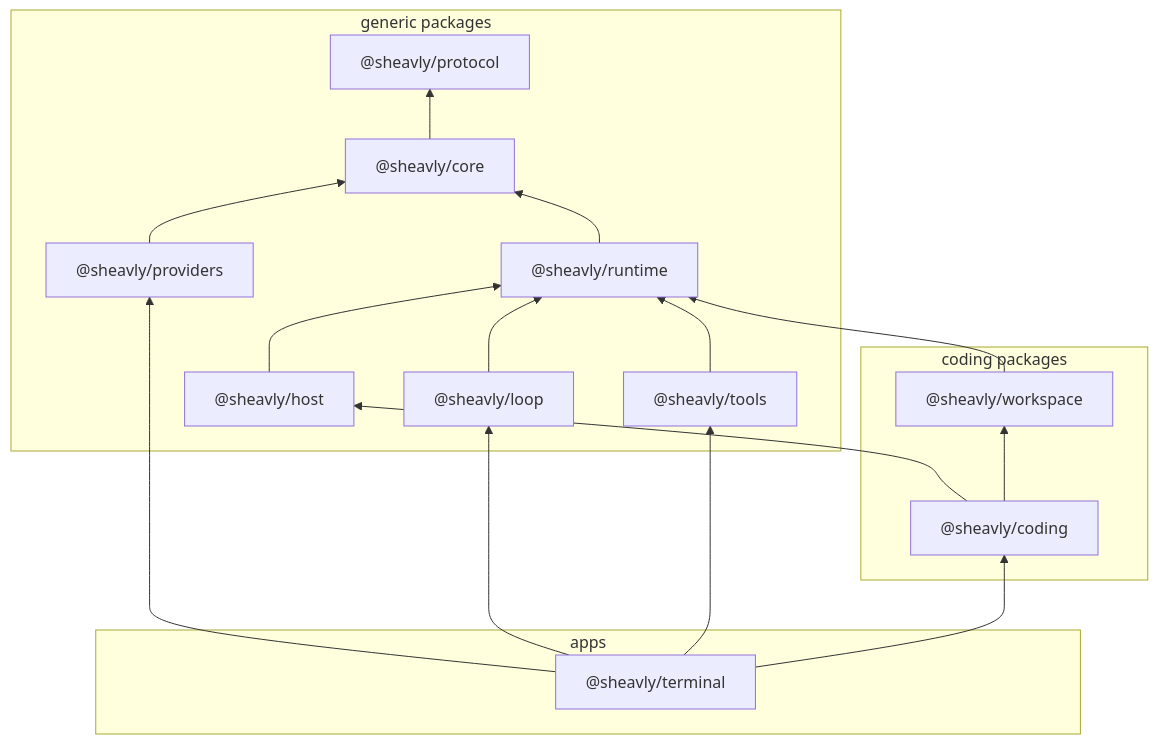
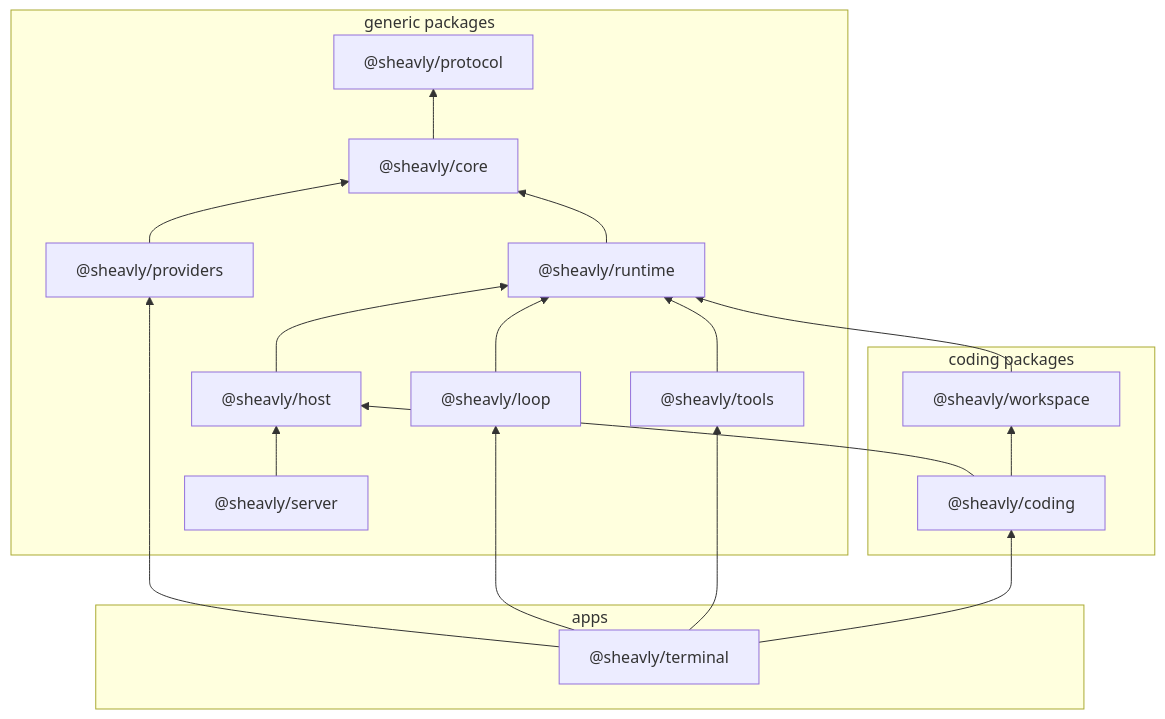
Before and after one commit to Sheavly/code: the diagram in docs/overview.md, drawn with Mermaid. The commit also changed 24 other files, not shown here.

````diff
--- a/docs/overview.md
+++ b/docs/overview.md
@@ -35,32 +35,34 @@
 ```mermaid
 flowchart BT
   subgraph group_generic ["generic packages"]
     core["@sheavly/core"]
     host["@sheavly/host"]
     loop["@sheavly/loop"]
     protocol["@sheavly/protocol"]
     providers["@sheavly/providers"]
     runtime["@sheavly/runtime"]
+    server["@sheavly/server"]
     tools["@sheavly/tools"]
   end
   subgraph group_coding ["coding packages"]
     coding["@sheavly/coding"]
     workspace["@sheavly/workspace"]
   end
   subgraph group_apps ["apps"]
     terminal["@sheavly/terminal"]
   end
   coding --> host
   coding --> workspace
   core --> protocol
   host --> runtime
   loop --> runtime
   providers --> core
   runtime --> core
+  server --> host
   terminal --> coding
   terminal --> loop
   terminal --> providers
   terminal --> tools
   tools --> runtime
   workspace --> runtime
 ```
````
